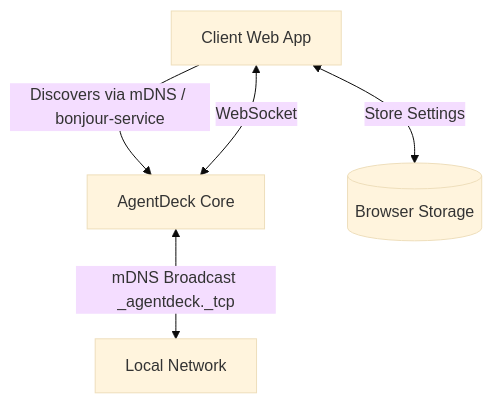
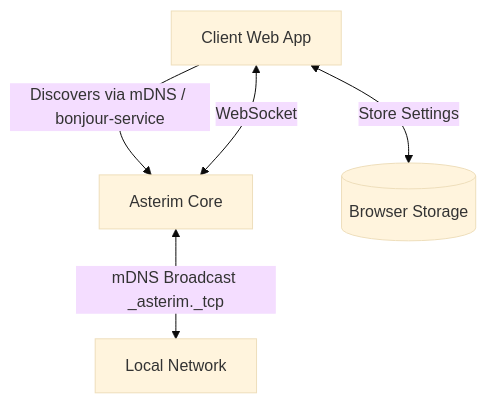
The diagram in blueprint/WORKSTATIONS.md (qhukz13/Asterim), drawn with Mermaid (base theme) before and after one commit. The commit also changed other lines of this file and 231 other files, not shown here.

````diff
--- a/blueprint/WORKSTATIONS.md
+++ b/blueprint/WORKSTATIONS.md
@@ -31,7 +31,7 @@
 ```mermaid
 graph TD
-    Laptop[Client Web App] -->|Discovers via mDNS / bonjour-service| Desktop[AgentDeck Core]
+    Laptop[Client Web App] -->|Discovers via mDNS / bonjour-service| Desktop[Asterim Core]
     Laptop <-->|WebSocket| Desktop
-    Desktop <-->|mDNS Broadcast _agentdeck._tcp| LAN[Local Network]
+    Desktop <-->|mDNS Broadcast _asterim._tcp| LAN[Local Network]
     Laptop <-->|Store Settings| LocalStorage[(Browser Storage)]
 ```
````
